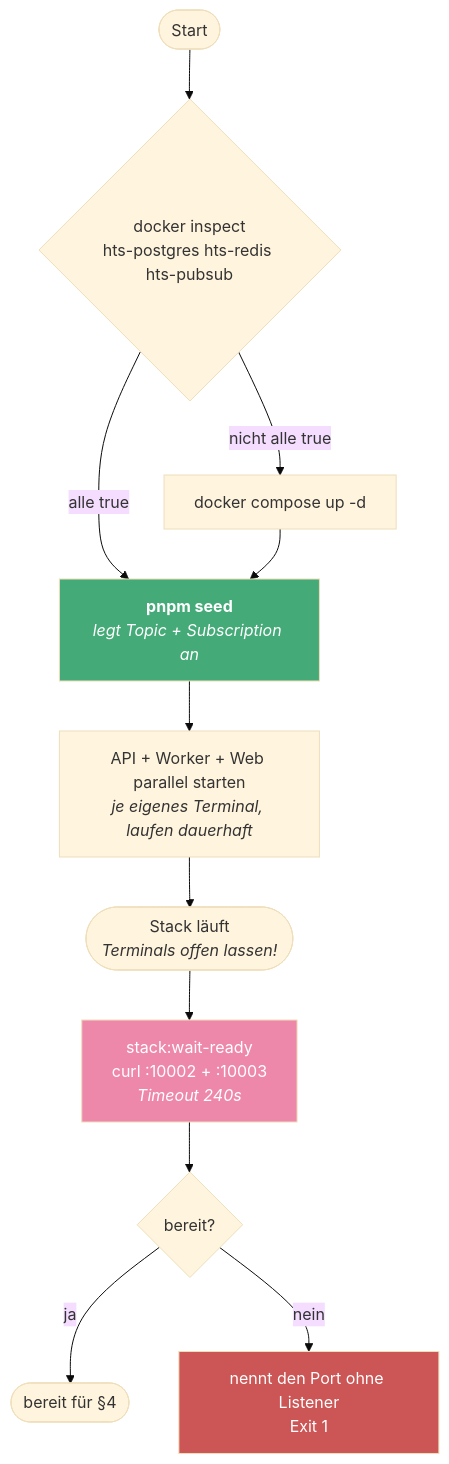
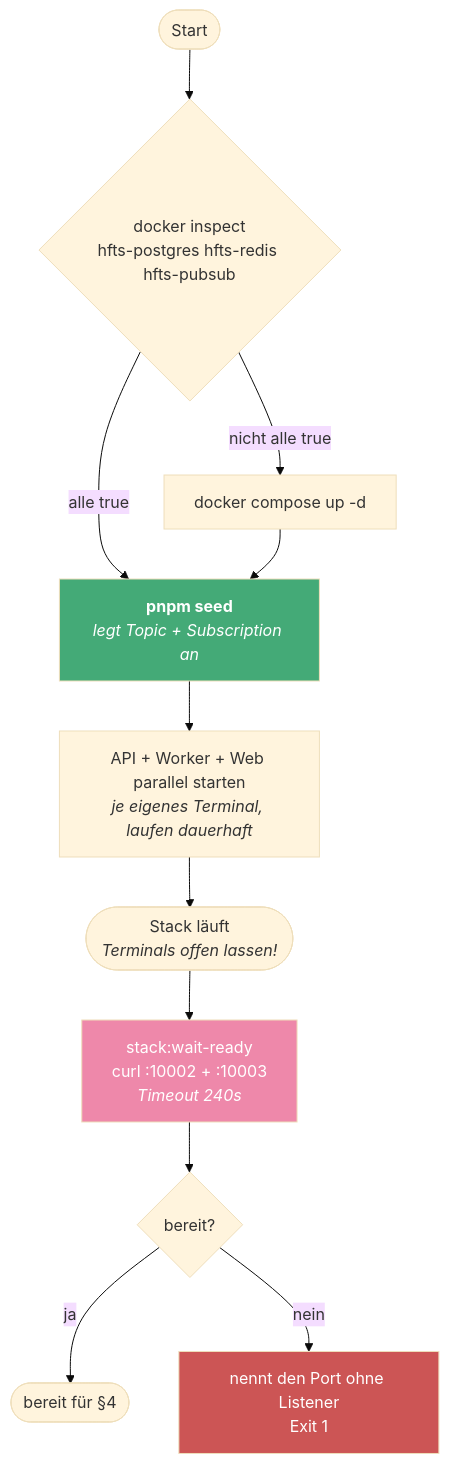
One commit to schuler-ph/high-frequency-ticket-system changed the third of 9 diagrams in docs/RUNBOOK.md. Above: the diagram before and after it, drawn with Mermaid (base theme). The commit also changed other lines of this file and 78 other files, not shown here.

Commit message:
hts to hfts

````diff
--- a/docs/RUNBOOK.md
+++ b/docs/RUNBOOK.md
@@ -79,18 +79,18 @@
 ```mermaid
 flowchart TD
-    A([Start]) --> B{"docker inspect<br/>hts-postgres hts-redis hts-pubsub"}
+    A([Start]) --> B{"docker inspect<br/>hfts-postgres hfts-redis hfts-pubsub"}
     B -->|nicht alle true| C["docker compose up -d"]
     B -->|alle true| D
     C --> D["<b>pnpm seed</b><br/><i>legt Topic + Subscription an</i>"]
     D --> E["API + Worker + Web parallel starten<br/><i>je eigenes Terminal, laufen dauerhaft</i>"]
     E --> F(["Stack läuft<br/><i>Terminals offen lassen!</i>"])
 
     F --> G["stack:wait-ready<br/>curl :10002 + :10003<br/><i>Timeout 240s</i>"]
     G --> H{bereit?}
     H -->|ja| I(["bereit für §4"])
     H -->|nein| J["nennt den Port ohne Listener<br/>Exit 1"]
 
     style D fill:#4a7,color:#fff
     style G fill:#e8a,color:#fff
     style J fill:#c55,color:#fff
 ```
````
